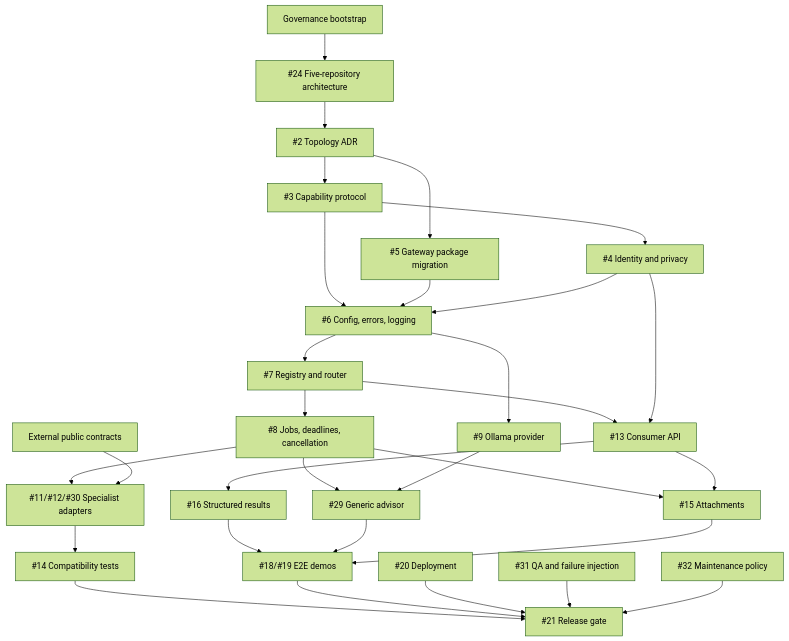
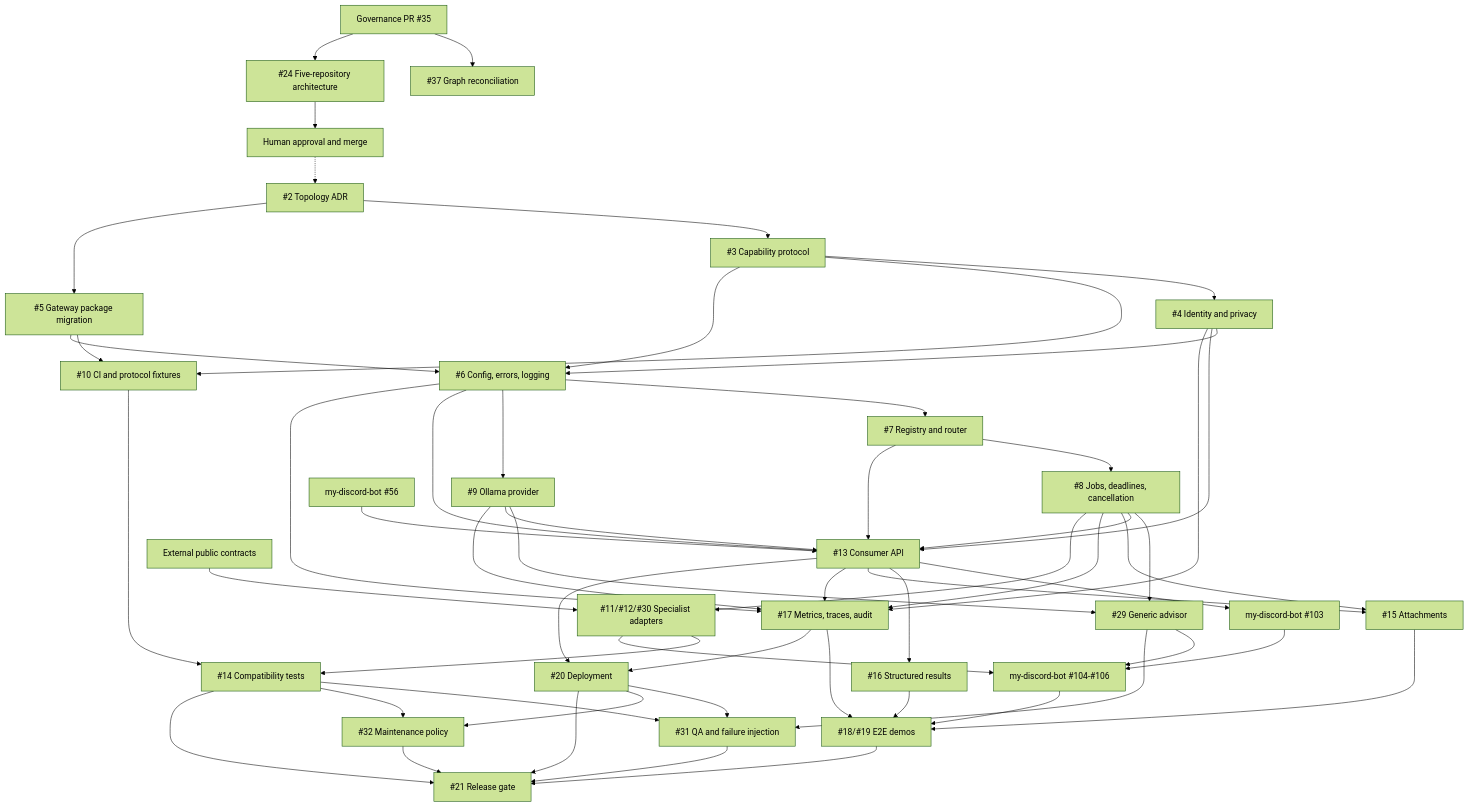
The diagram in docs/issue-dependency-graph.md (Dyu20705/chat-assistant), drawn with Mermaid (forest theme) before and after one commit. The commit also changed other lines of this file, not shown here.

Commit message:
docs: reconcile issue dependency graph

````diff
--- a/docs/issue-dependency-graph.md
+++ b/docs/issue-dependency-graph.md
@@ -50,32 +71,58 @@
 ```mermaid
 flowchart TD
-    Governance["Governance bootstrap"] --> HealthArch["#24 Five-repository architecture"]
-    HealthArch --> Topology["#2 Topology ADR"]
+    Governance["Governance PR #35"] --> Graph["#37 Graph reconciliation"]
+    Governance --> HealthArch["#24 Five-repository architecture"]
+    HealthArch --> HumanApproval["Human approval and merge"]
+    HumanApproval -.-> Topology["#2 Topology ADR"]
     Topology --> Protocol["#3 Capability protocol"]
     Topology --> Package["#5 Gateway package migration"]
     Protocol --> Privacy["#4 Identity and privacy"]
+    Protocol --> TestBase["#10 CI and protocol fixtures"]
+    Package --> TestBase
     Protocol --> Config["#6 Config, errors, logging"]
     Package --> Config
     Privacy --> Config
     Config --> Router["#7 Registry and router"]
     Router --> Jobs["#8 Jobs, deadlines, cancellation"]
     Config --> Provider["#9 Ollama provider"]
     Jobs --> Generic["#29 Generic advisor"]
     Provider --> Generic
-    Router --> Api["#13 Consumer API"]
+    ConsumerDesign["my-discord-bot #56"] --> Api["#13 Consumer API"]
     Privacy --> Api
+    Config --> Api
+    Router --> Api
+    Jobs --> Api
+    Provider --> Api
+    Api --> Client["my-discord-bot #103"]
     Api --> Results["#16 Structured results"]
     Jobs --> Attachments["#15 Attachments"]
     Api --> Attachments
+    Privacy --> Observability["#17 Metrics, traces, audit"]
+    Config --> Observability
+    Jobs --> Observability
+    Provider --> Observability
+    Api --> Observability
     Jobs --> Adapters["#11/#12/#30 Specialist adapters"]
     External["External public contracts"] --> Adapters
-    Adapters --> Compat["#14 Compatibility tests"]
+    TestBase --> Compat["#14 Compatibility tests"]
+    Adapters --> Compat
+    Client --> DiscordFeatures["my-discord-bot #104-#106"]
+    Generic --> DiscordFeatures
+    Adapters --> DiscordFeatures
     Results --> Demos["#18/#19 E2E demos"]
-    Generic --> Demos
+    DiscordFeatures --> Demos
     Attachments --> Demos
+    Observability --> Demos
+    Api --> Deploy["#20 Deployment"]
+    Observability --> Deploy
+    Compat --> QA["#31 QA and failure injection"]
+    Deploy --> QA
+    Generic --> QA
+    Compat --> Maintenance["#32 Maintenance policy"]
+    Deploy --> Maintenance
     Compat --> Release["#21 Release gate"]
     Demos --> Release
-    Deploy["#20 Deployment"] --> Release
-    QA["#31 QA and failure injection"] --> Release
-    Maintenance["#32 Maintenance policy"] --> Release
+    QA --> Release
+    Deploy --> Release
+    Maintenance --> Release
 ```
````
